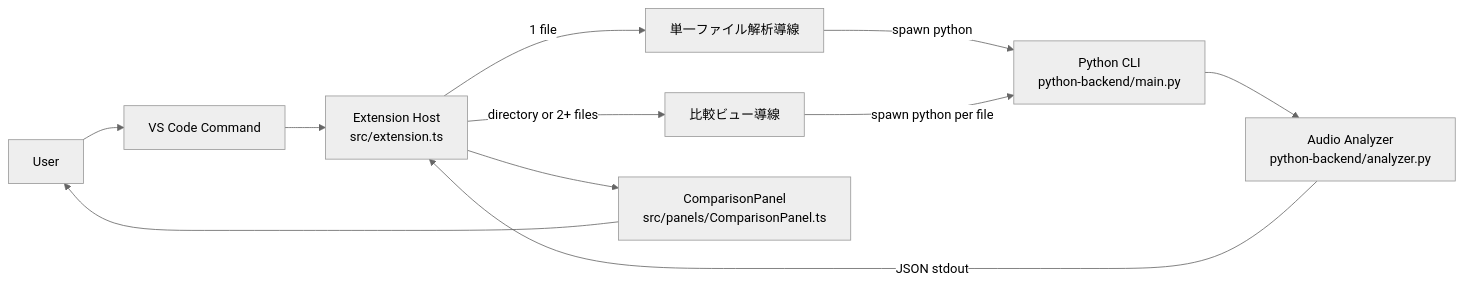
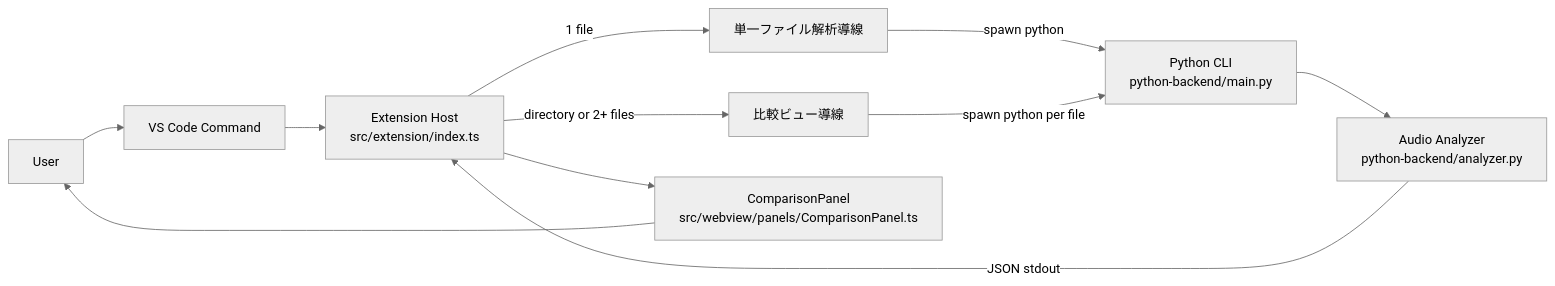
Before and after one commit to kasahart/audio-wandas-analyzer: the first of 3 diagrams in docs/architecture.md, drawn with Mermaid (neutral theme). The commit also changed other lines of this file and 2 other files, not shown here.

````diff
--- a/docs/architecture.md
+++ b/docs/architecture.md
@@ -18,15 +18,15 @@
 ```mermaid
 flowchart LR
   User[User] --> Command[VS Code Command]
-  Command --> Extension[Extension Host\nsrc/extension.ts]
+  Command --> Extension[Extension Host\nsrc/extension/index.ts]
 
   Extension -->|1 file| Single[単一ファイル解析導線]
   Extension -->|directory or 2+ files| Compare[比較ビュー導線]
 
   Single -->|spawn python| BackendCLI[Python CLI\npython-backend/main.py]
   Compare -->|spawn python per file| BackendCLI
   BackendCLI --> Analyzer[Audio Analyzer\npython-backend/analyzer.py]
   Analyzer -->|JSON stdout| Extension
-  Extension --> Panel[ComparisonPanel\nsrc/panels/ComparisonPanel.ts]
+  Extension --> Panel[ComparisonPanel\nsrc/webview/panels/ComparisonPanel.ts]
   Panel --> User
 ```
````
